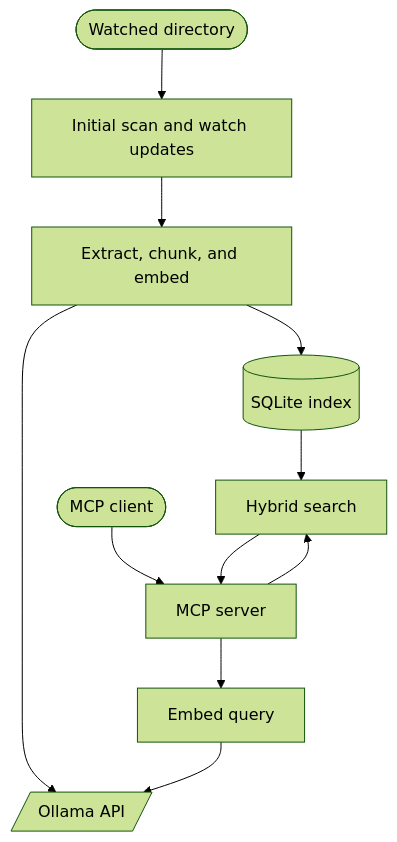
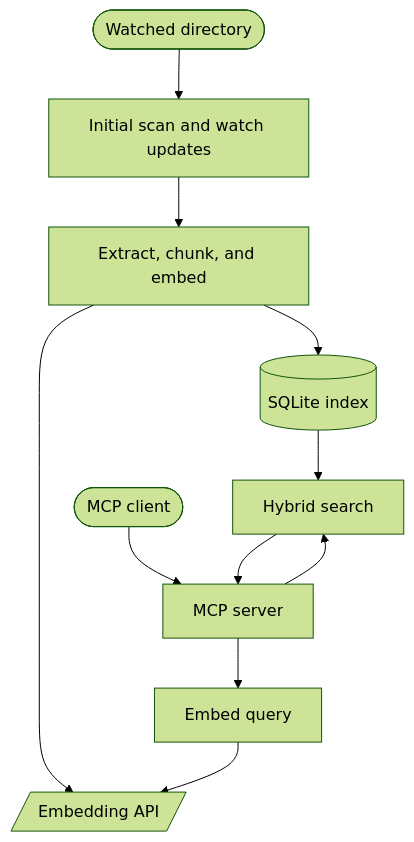
Before and after one commit to koltyakov/quant: the diagram in README.md, drawn with Mermaid (forest theme). The commit also changed other lines of this file and 10 other files, not shown here.

````diff
--- a/README.md
+++ b/README.md
@@ -184,14 +188,14 @@
 ```mermaid
 flowchart TD
   WD([Watched directory]) --> INDEX[Initial scan and watch updates]
   INDEX --> PROC[Extract, chunk, and embed]
-  PROC --> OLLAMA[/Ollama API/]
+  PROC --> EMBED[/Embedding API/]
   PROC --> DB[(SQLite index)]
 
   CLIENT([MCP client]) --> MCP[MCP server]
   MCP --> QUERY[Embed query]
-  QUERY --> OLLAMA
+  QUERY --> EMBED
   MCP --> SEARCH[Hybrid search]
   DB --> SEARCH
   SEARCH --> MCP
 ```
````
